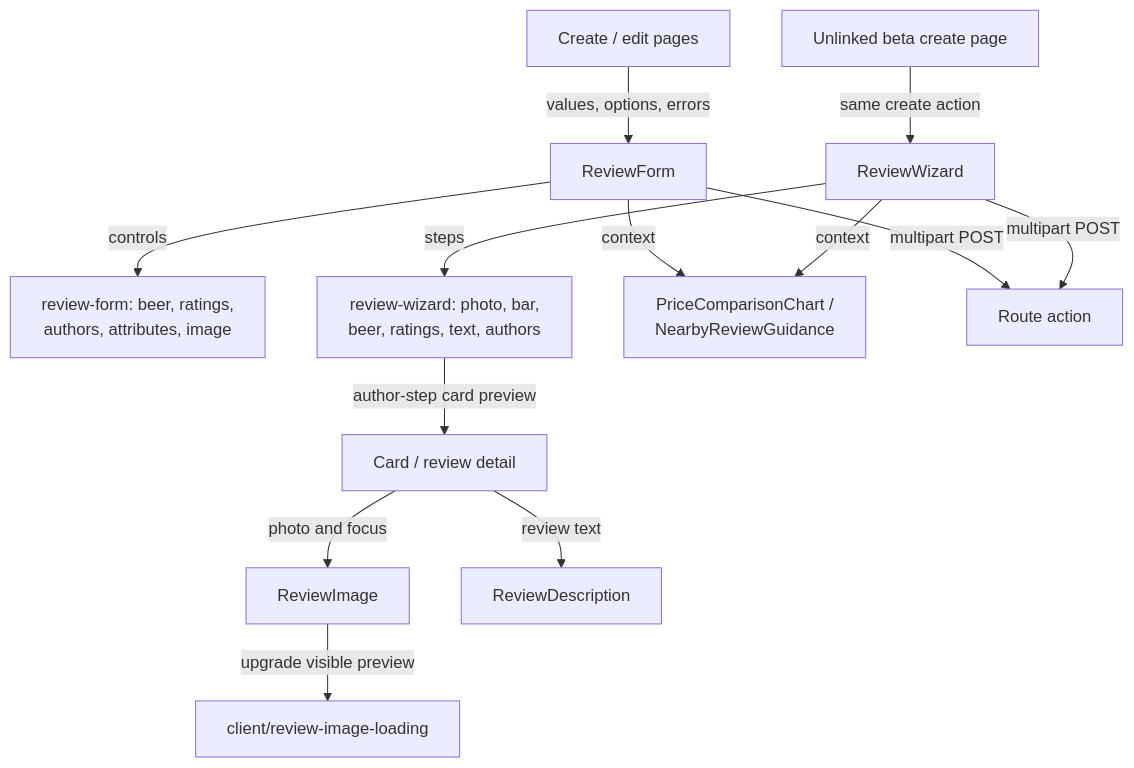
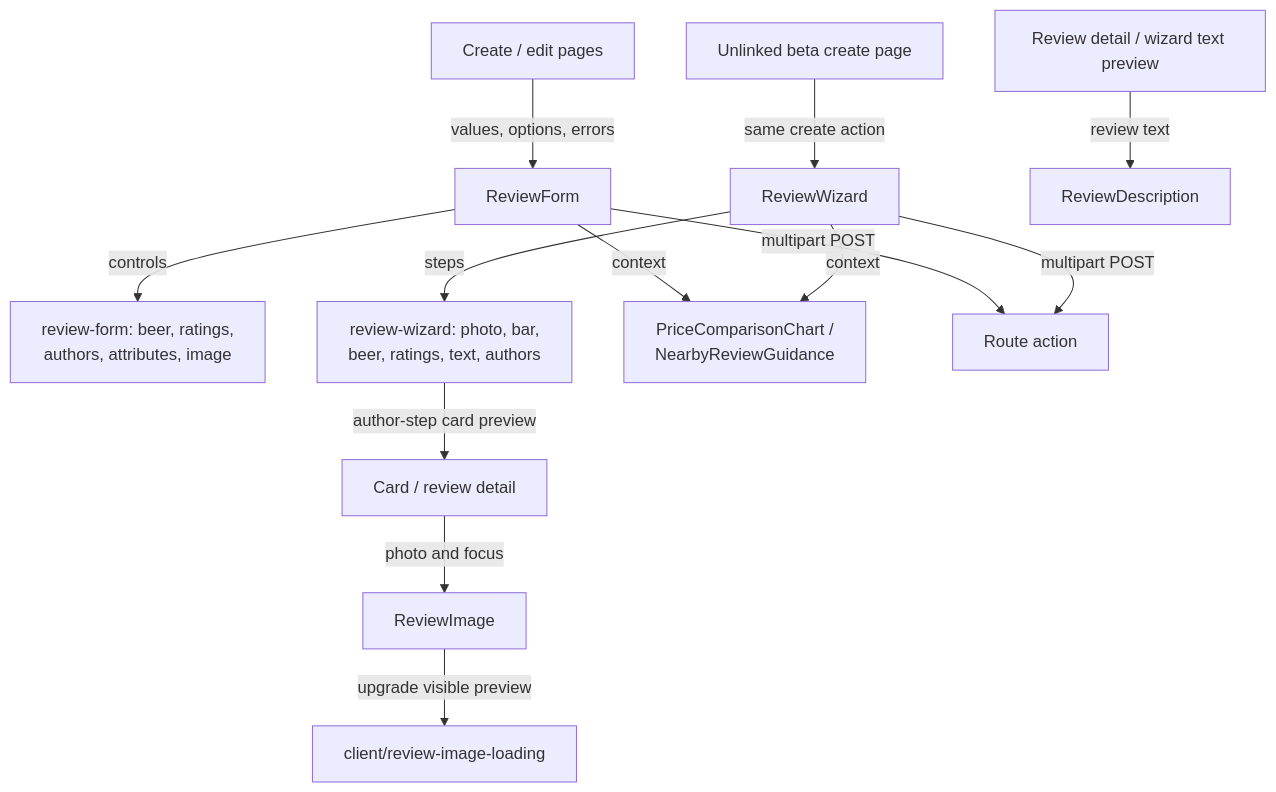
Before and after one commit to jonathan-lindqvist/enstorstarkreview: the first of 2 diagrams in src/lib/components/README.md, drawn with Mermaid. The commit also changed other lines of this file and 15 other files, not shown here.

````diff
--- a/src/lib/components/README.md
+++ b/src/lib/components/README.md
@@ -11,15 +11,15 @@
 ```mermaid
 flowchart TD
     Pages["Create / edit pages"] -->|"values, options, errors"| Form["ReviewForm"]
     Beta["Unlinked beta create page"] -->|"same create action"| Wizard["ReviewWizard"]
     Form -->|"controls"| Fields["review-form: beer, ratings,<br/>authors, attributes, image"]
     Wizard -->|"steps"| Steps["review-wizard: photo, bar,<br/>beer, ratings, text, authors"]
     Form -->|"context"| Guidance["PriceComparisonChart /<br/>NearbyReviewGuidance"]
     Wizard -->|"context"| Guidance
     Form -->|"multipart POST"| Save["Route action"]
     Wizard -->|"multipart POST"| Save
     Steps -->|"author-step card preview"| Cards["Card / review detail"]
     Cards -->|"photo and focus"| Image["ReviewImage"]
     Image -->|"upgrade visible preview"| Loader["client/review-image-loading"]
-    Cards -->|"review text"| Text["ReviewDescription"]
+    Detail["Review detail / wizard text preview"] -->|"review text"| Text["ReviewDescription"]
 ```
````
